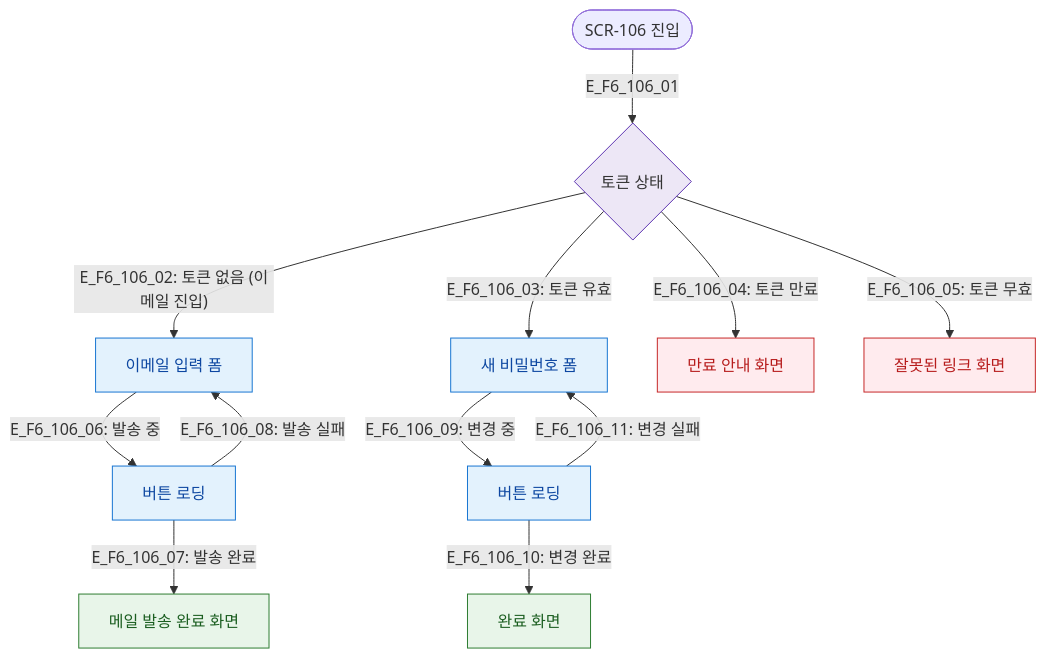
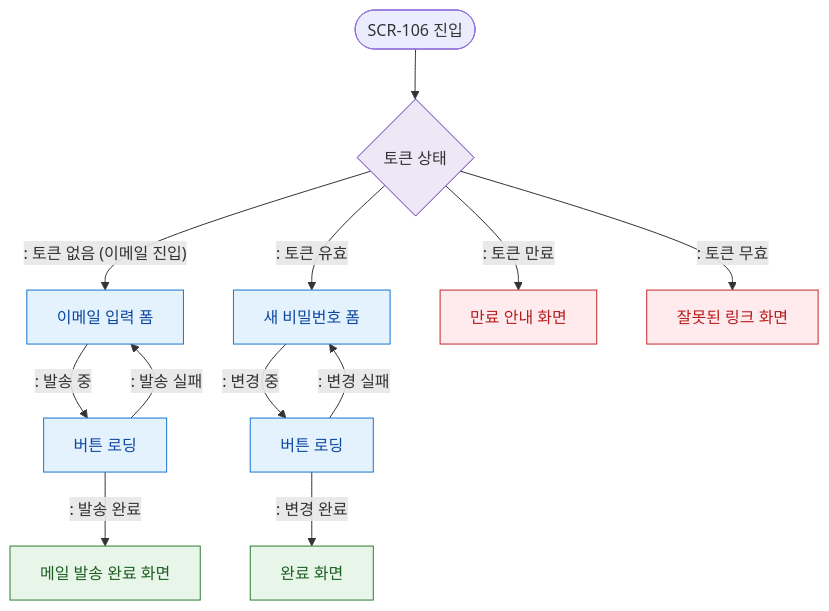
One commit to dev-spogym/admin-pando changed the diagram in docs/다이어그램/D01_공통/SCR-106_비밀번호재설정/F6_상태별.md. Above: the diagram before and after it, drawn with Mermaid. The commit also changed other lines of this file and 1660 other files, not shown here.

First line of the commit message:
다이어그램: 기획자/클라이언트 납품본으로 정리

````diff
--- a/docs/다이어그램/D01_공통/SCR-106_비밀번호재설정/F6_상태별.md
+++ b/docs/다이어그램/D01_공통/SCR-106_비밀번호재설정/F6_상태별.md
@@ -19,26 +17,26 @@
 ```mermaid
 flowchart TD
-    ENTER([SCR-106 진입]) -->|E_F6_106_01| TOKEN_STATE{토큰 상태}
+    ENTER([SCR-106 진입]) --> TOKEN_STATE{토큰 상태}
 
-    TOKEN_STATE -->|"E_F6_106_02: 토큰 없음 (이메일 진입)"| STATE_EMAIL[이메일 입력 폼]
-    TOKEN_STATE -->|"E_F6_106_03: 토큰 유효"| STATE_PW[새 비밀번호 폼]
-    TOKEN_STATE -->|"E_F6_106_04: 토큰 만료"| STATE_EXPIRED[만료 안내 화면]
-    TOKEN_STATE -->|"E_F6_106_05: 토큰 무효"| STATE_INVALID[잘못된 링크 화면]
+    TOKEN_STATE -->|": 토큰 없음 (이메일 진입)"|STATE_EMAIL[이메일 입력 폼]
+    TOKEN_STATE -->|": 토큰 유효"|STATE_PW[새 비밀번호 폼]
+    TOKEN_STATE -->|": 토큰 만료"|STATE_EXPIRED[만료 안내 화면]
+    TOKEN_STATE -->|": 토큰 무효"|STATE_INVALID[잘못된 링크 화면]
 
-    STATE_EMAIL -->|"E_F6_106_06: 발송 중"| STATE_SENDING[버튼 로딩]
-    STATE_SENDING -->|"E_F6_106_07: 발송 완료"| STATE_SENT[메일 발송 완료 화면]
-    STATE_SENDING -->|"E_F6_106_08: 발송 실패"| STATE_EMAIL
+    STATE_EMAIL -->|": 발송 중"|STATE_SENDING[버튼 로딩]
+    STATE_SENDING -->|": 발송 완료"|STATE_SENT[메일 발송 완료 화면]
+    STATE_SENDING -->|": 발송 실패"|STATE_EMAIL
 
-    STATE_PW -->|"E_F6_106_09: 변경 중"| STATE_RESETTING[버튼 로딩]
-    STATE_RESETTING -->|"E_F6_106_10: 변경 완료"| STATE_DONE[완료 화면]
-    STATE_RESETTING -->|"E_F6_106_11: 변경 실패"| STATE_PW
+    STATE_PW -->|": 변경 중"|STATE_RESETTING[버튼 로딩]
+    STATE_RESETTING -->|": 변경 완료"|STATE_DONE[완료 화면]
+    STATE_RESETTING -->|": 변경 실패"|STATE_PW
 
-    classDef screen      fill:#E3F2FD,stroke:#1976D2,color:#0D47A1
-    classDef success     fill:#E8F5E9,stroke:#2E7D32,color:#1B5E20
-    classDef error       fill:#FFEBEE,stroke:#C62828,color:#B71C1C
-    classDef system      fill:#EDE7F6,stroke:#5E35B2
+    classDef screen fill:#E3F2FD,stroke:#1976D2,color:#0D47A1
+    classDef success fill:#E8F5E9,stroke:#2E7D32,color:#1B5E20
+    classDef error fill:#FFEBEE,stroke:#C62828,color:#B71C1C
+    classDef system fill:#EDE7F6,stroke:#5E35B2
     class STATE_EMAIL,STATE_PW,STATE_SENDING,STATE_RESETTING screen
     class STATE_SENT,STATE_DONE success
     class STATE_EXPIRED,STATE_INVALID error
     class TOKEN_STATE system
 ```
````
